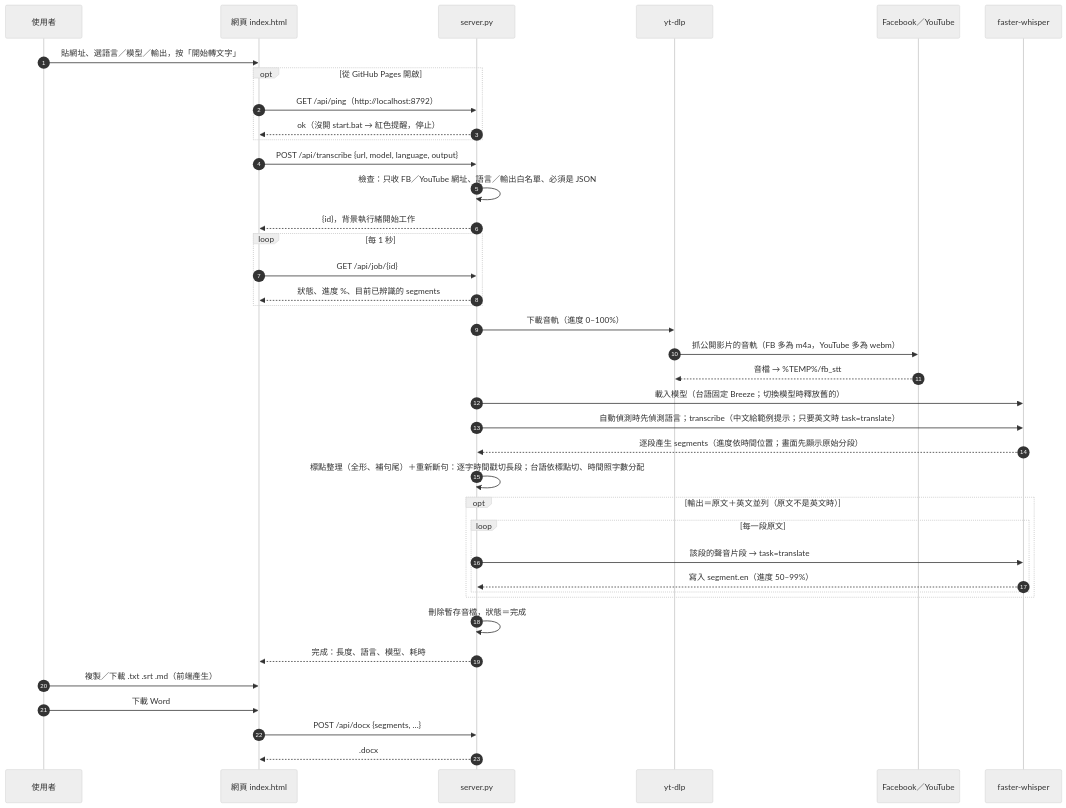
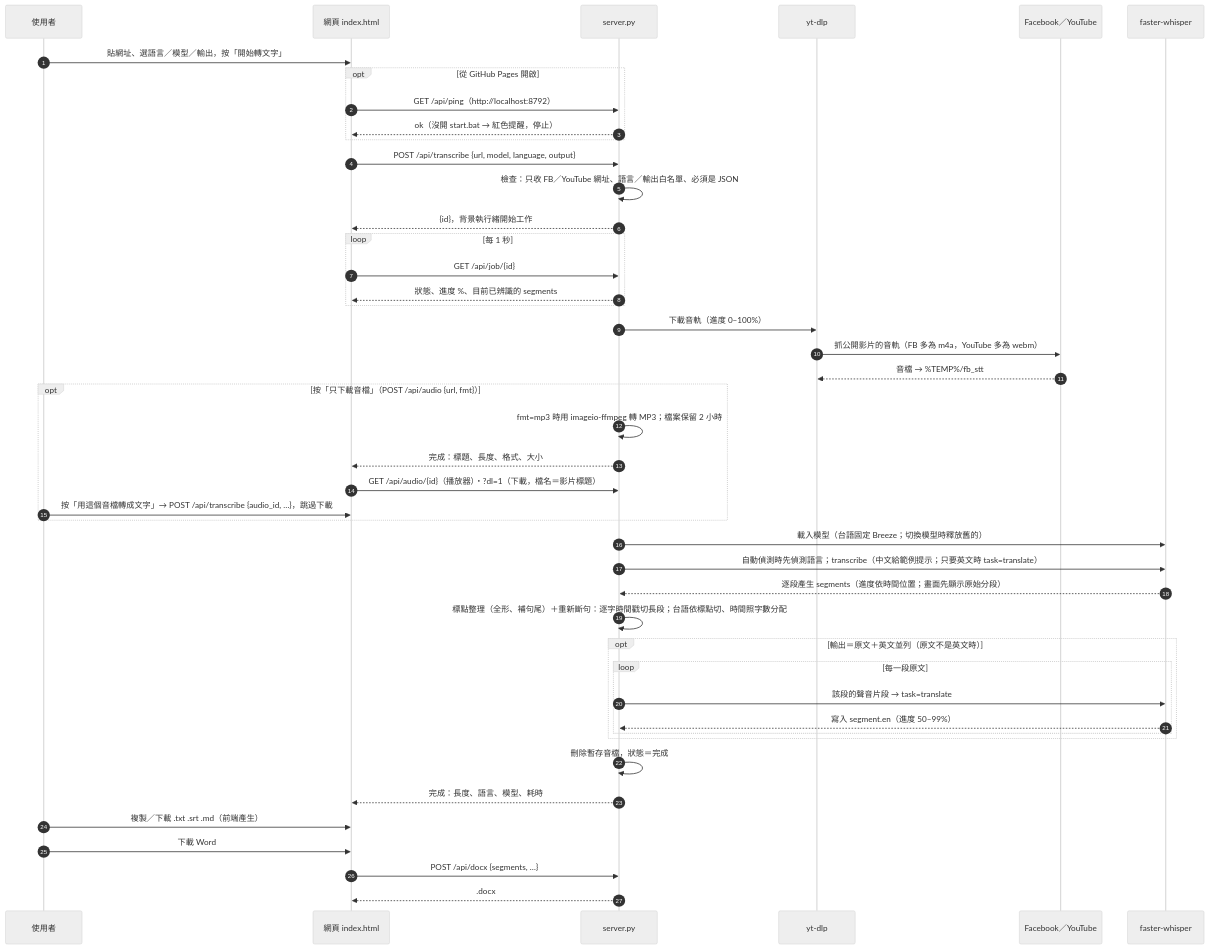
Before and after one commit to SinLiongToo/fb-video-stt: the diagram in docs/architecture-job.mmd, drawn with Mermaid (neutral theme). The commit also changed 8 other files, not shown here.

```diff
--- a/docs/architecture-job.mmd
+++ b/docs/architecture-job.mmd
@@ -1,40 +1,46 @@
 sequenceDiagram
     autonumber
     participant U as 使用者
     participant P as 網頁 index.html
     participant S as server.py
     participant Y as yt-dlp
     participant F as Facebook／YouTube
     participant W as faster-whisper
 
     U->>P: 貼網址、選語言／模型／輸出，按「開始轉文字」
     opt 從 GitHub Pages 開啟
         P->>S: GET /api/ping（http://localhost:8792）
         S-->>P: ok（沒開 start.bat → 紅色提醒，停止）
     end
     P->>S: POST /api/transcribe {url, model, language, output}
     S->>S: 檢查：只收 FB／YouTube 網址、語言／輸出白名單、必須是 JSON
     S-->>P: {id}，背景執行緒開始工作
     loop 每 1 秒
         P->>S: GET /api/job/{id}
         S-->>P: 狀態、進度 %、目前已辨識的 segments
     end
     S->>Y: 下載音軌（進度 0–100%）
     Y->>F: 抓公開影片的音軌（FB 多為 m4a，YouTube 多為 webm）
     F-->>Y: 音檔 → %TEMP%/fb_stt
+    opt 按「只下載音檔」（POST /api/audio {url, fmt}）
+        S->>S: fmt=mp3 時用 imageio-ffmpeg 轉 MP3；檔案保留 2 小時
+        S-->>P: 完成：標題、長度、格式、大小
+        P->>S: GET /api/audio/{id}（播放器）・?dl=1（下載，檔名＝影片標題）
+        U->>P: 按「用這個音檔轉成文字」→ POST /api/transcribe {audio_id, …}，跳過下載
+    end
     S->>W: 載入模型（台語固定 Breeze；切換模型時釋放舊的）
     S->>W: 自動偵測時先偵測語言；transcribe（中文給範例提示；只要英文時 task=translate）
     W-->>S: 逐段產生 segments（進度依時間位置；畫面先顯示原始分段）
     S->>S: 標點整理（全形、補句尾）＋重新斷句：逐字時間戳切長段；台語依標點切、時間照字數分配
     opt 輸出＝原文＋英文並列（原文不是英文時）
         loop 每一段原文
             S->>W: 該段的聲音片段 → task=translate
             W-->>S: 寫入 segment.en（進度 50–99%）
         end
     end
     S->>S: 刪除暫存音檔，狀態＝完成
     S-->>P: 完成：長度、語言、模型、耗時
     U->>P: 複製／下載 .txt .srt .md（前端產生）
     U->>P: 下載 Word
     P->>S: POST /api/docx {segments, …}
     S-->>P: .docx
```
